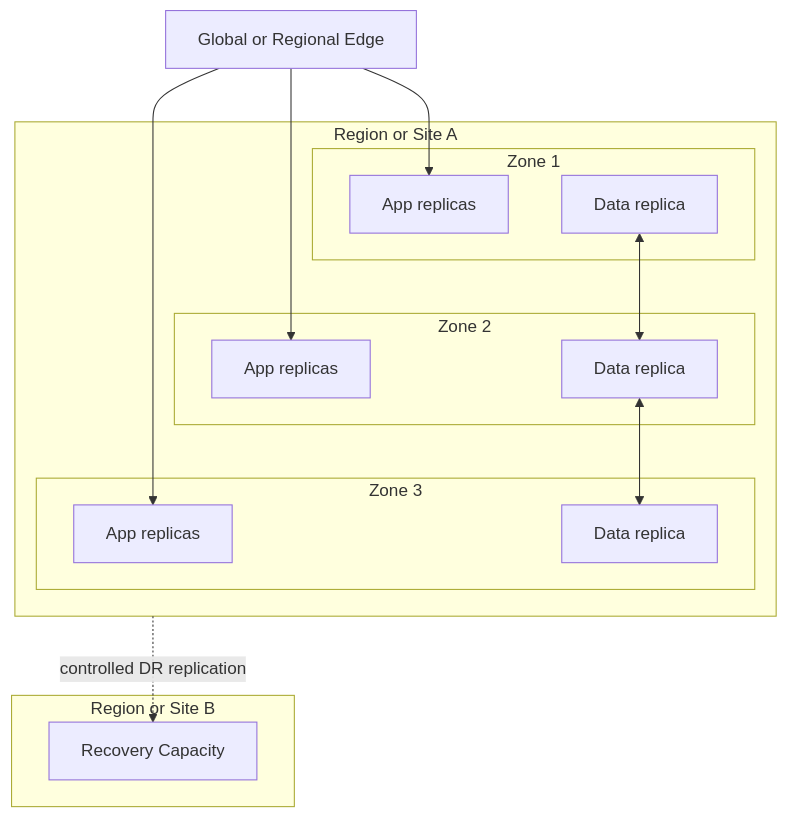
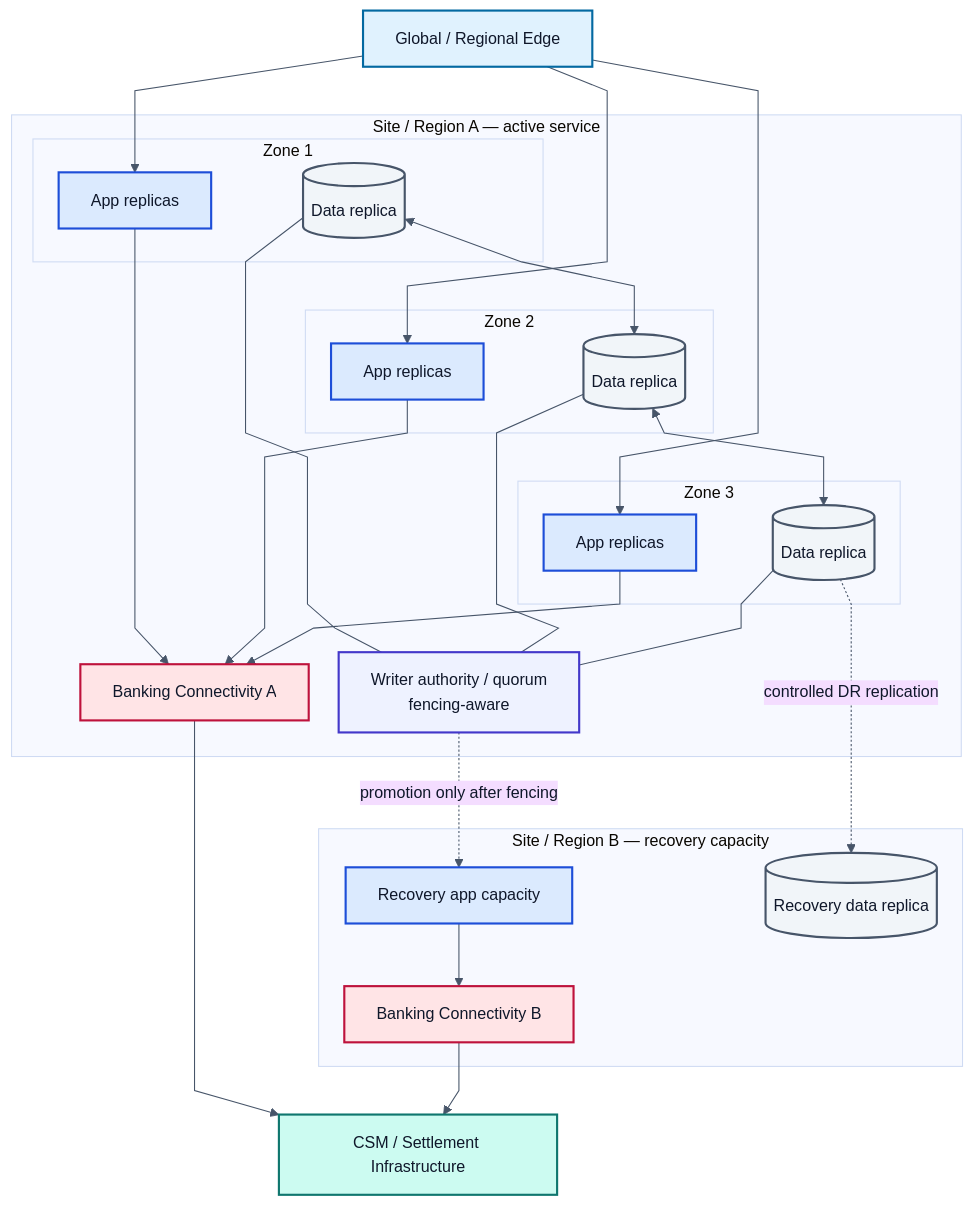
Before and after one commit to zdmooc/wero-epi-reference-architecture-handbook: the diagram in diagrams/mermaid/FIG-11-001-multizone-reference.mmd, drawn with Mermaid. The commit also changed 8 other files, not shown here.

Commit message:
visual: establish V1 design system and prepare 8 hero figures

```diff
--- a/diagrams/mermaid/FIG-11-001-multizone-reference.mmd
+++ b/diagrams/mermaid/FIG-11-001-multizone-reference.mmd
@@ -1,30 +1,61 @@
 %% title: Multi-zone payment platform reference
 %% view: physical
 %% truth_level: REFERENCE_ARCHITECTURE
-%% last_verified: 2026-09-28
+%% last_verified: 2026-09-29
+%% sources: handbook reference architecture
+%% related_chapter: book/11-infrastructure/05-multiaz-multisite-dr-patterns.md
+%% visual_system: V1
+%% layout: hero-landscape
 
+%%{init: {"theme":"base","flowchart":{"curve":"linear","nodeSpacing":28,"rankSpacing":45},"themeVariables":{"fontFamily":"Arial, sans-serif","fontSize":"15px","lineColor":"#475569","primaryTextColor":"#0F172A"}}}%%
 flowchart TB
-    EDGE[Global or Regional Edge]
-    subgraph R1[Region or Site A]
-      subgraph Z1[Zone 1]
-        A1[App replicas]
-        D1[Data replica]
+    EDGE["Global / Regional Edge"]:::experience
+
+    subgraph A["Site / Region A — active service"]
+      subgraph Z1["Zone 1"]
+        A1["App replicas"]:::business
+        D1[("Data replica")]:::data
       end
-      subgraph Z2[Zone 2]
-        A2[App replicas]
-        D2[Data replica]
+      subgraph Z2["Zone 2"]
+        A2["App replicas"]:::business
+        D2[("Data replica")]:::data
       end
-      subgraph Z3[Zone 3]
-        A3[App replicas]
-        D3[Data replica]
+      subgraph Z3["Zone 3"]
+        A3["App replicas"]:::business
+        D3[("Data replica")]:::data
       end
+      Q["Writer authority / quorum<br/>fencing-aware"]:::operations
+      BC1["Banking Connectivity A"]:::security
     end
-    subgraph R2[Region or Site B]
-      DR[Recovery Capacity]
+
+    subgraph B["Site / Region B — recovery capacity"]
+      DRAPP["Recovery app capacity"]:::business
+      DRD[("Recovery data replica")]:::data
+      BC2["Banking Connectivity B"]:::security
     end
+
+    CSM["CSM / Settlement Infrastructure"]:::rail
+
     EDGE --> A1
     EDGE --> A2
     EDGE --> A3
     D1 <--> D2
     D2 <--> D3
-    R1 -. controlled DR replication .-> DR
+    D1 --- Q
+    D2 --- Q
+    D3 --- Q
+    A1 --> BC1
+    A2 --> BC1
+    A3 --> BC1
+    BC1 --> CSM
+
+    D3 -. "controlled DR replication" .-> DRD
+    Q -. "promotion only after fencing" .-> DRAPP
+    DRAPP --> BC2 --> CSM
+
+    classDef experience fill:#E0F2FE,stroke:#0369A1,color:#0F172A,stroke-width:2px;
+    classDef business fill:#DBEAFE,stroke:#1D4ED8,color:#0F172A,stroke-width:2px;
+    classDef data fill:#F1F5F9,stroke:#475569,color:#0F172A,stroke-width:2px;
+    classDef security fill:#FFE4E6,stroke:#BE123C,color:#0F172A,stroke-width:2px;
+    classDef operations fill:#EEF2FF,stroke:#4338CA,color:#0F172A,stroke-width:2px;
+    classDef rail fill:#CCFBF1,stroke:#0F766E,color:#0F172A,stroke-width:2px;
```
